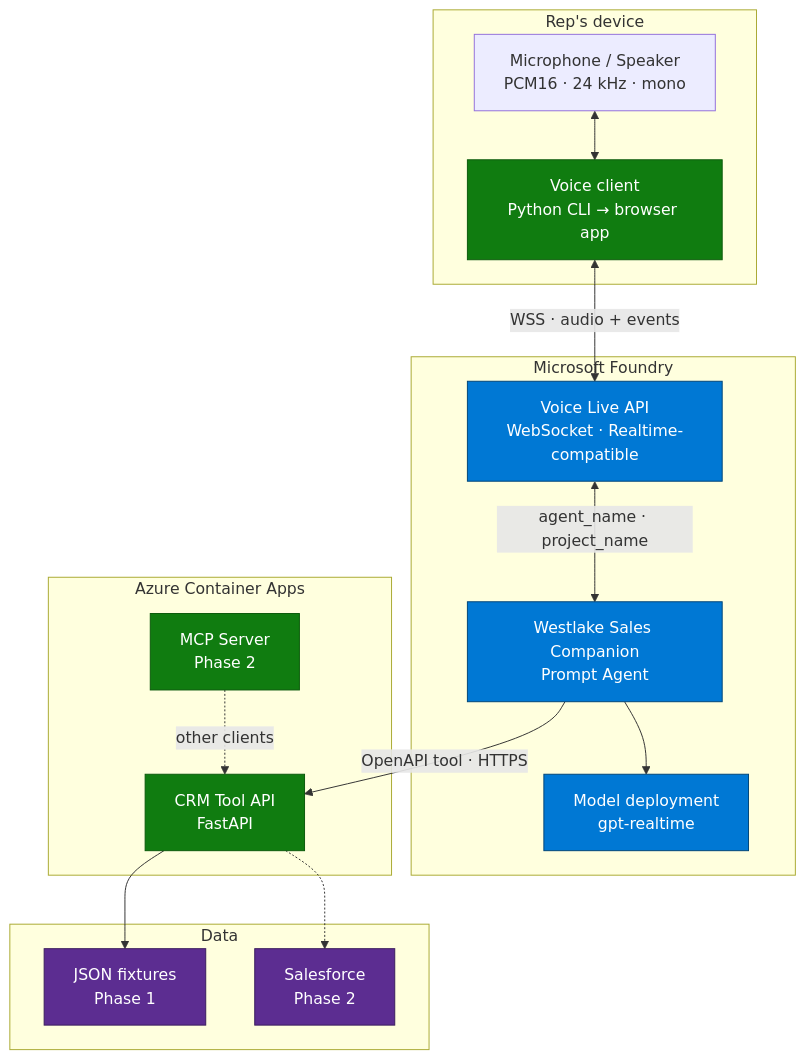
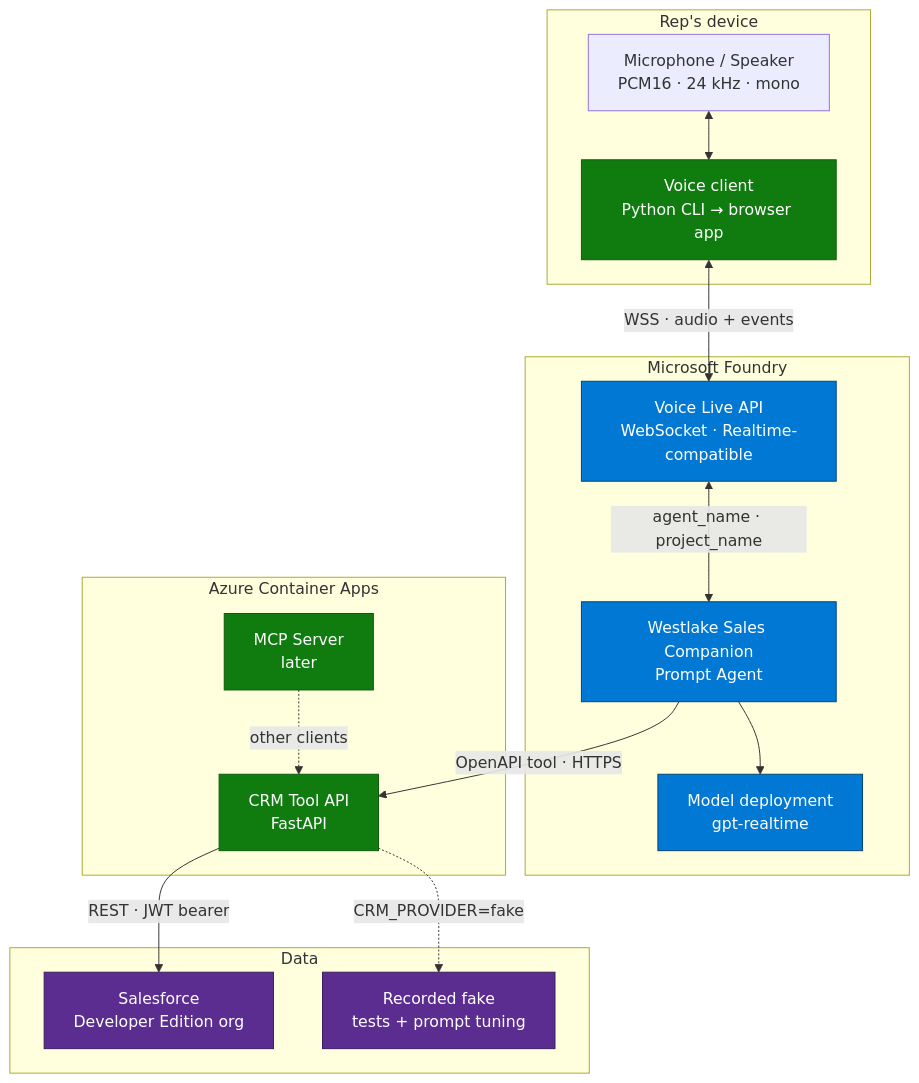
One commit to mikefelder/foundry-voice-agent-crm-poc changed the first of 7 diagrams in README.md. Above: the diagram before and after it, drawn with Mermaid. The commit also changed other lines of this file, not shown here.

Commit message:
Update README to reflect live Salesforce integration and enhance documentation clarity

````diff
--- a/README.md
+++ b/README.md
@@ -67,39 +77,39 @@
 ```mermaid
 graph TB
     subgraph Client["Rep's device"]
         MIC["Microphone / Speaker<br/>PCM16 · 24 kHz · mono"]
         CLI["Voice client<br/>Python CLI → browser app"]
     end
 
     subgraph Foundry["Microsoft Foundry"]
         VL["Voice Live API<br/>WebSocket · Realtime-compatible"]
         AGENT["Westlake Sales Companion<br/>Prompt Agent"]
         MODEL["Model deployment<br/>gpt-realtime"]
     end
 
     subgraph ACA["Azure Container Apps"]
         API["CRM Tool API<br/>FastAPI"]
-        MCP["MCP Server<br/>Phase 2"]
+        MCP["MCP Server<br/>later"]
     end
 
     subgraph Data["Data"]
-        JSON["JSON fixtures<br/>Phase 1"]
-        SF["Salesforce<br/>Phase 2"]
+        SF["Salesforce<br/>Developer Edition org"]
+        FAKE["Recorded fake<br/>tests + prompt tuning"]
     end
 
     MIC <--> CLI
     CLI <-->|"WSS · audio + events"| VL
     VL <-->|"agent_name · project_name"| AGENT
     AGENT --> MODEL
     AGENT -->|"OpenAPI tool · HTTPS"| API
     MCP -.->|"other clients"| API
-    API --> JSON
-    API -.-> SF
+    API -->|"REST · JWT bearer"| SF
+    API -.->|"CRM_PROVIDER=fake"| FAKE
 
     classDef azure fill:#0078D4,stroke:#004578,color:#fff
     classDef app fill:#107C10,stroke:#0B5A0B,color:#fff
     classDef data fill:#5C2D91,stroke:#3B1D5E,color:#fff
     class VL,AGENT,MODEL azure
     class API,MCP,CLI app
-    class JSON,SF data
+    class SF,FAKE data
 ```
````
